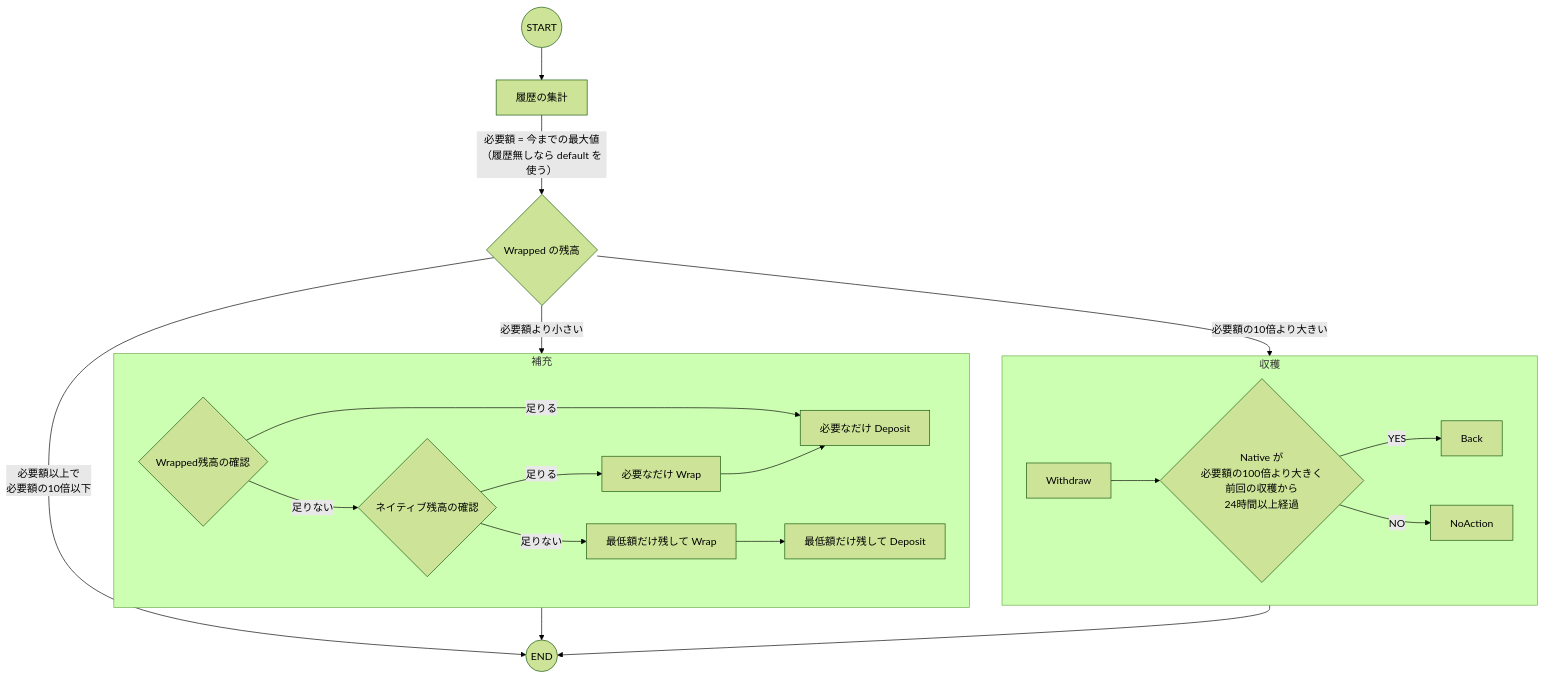
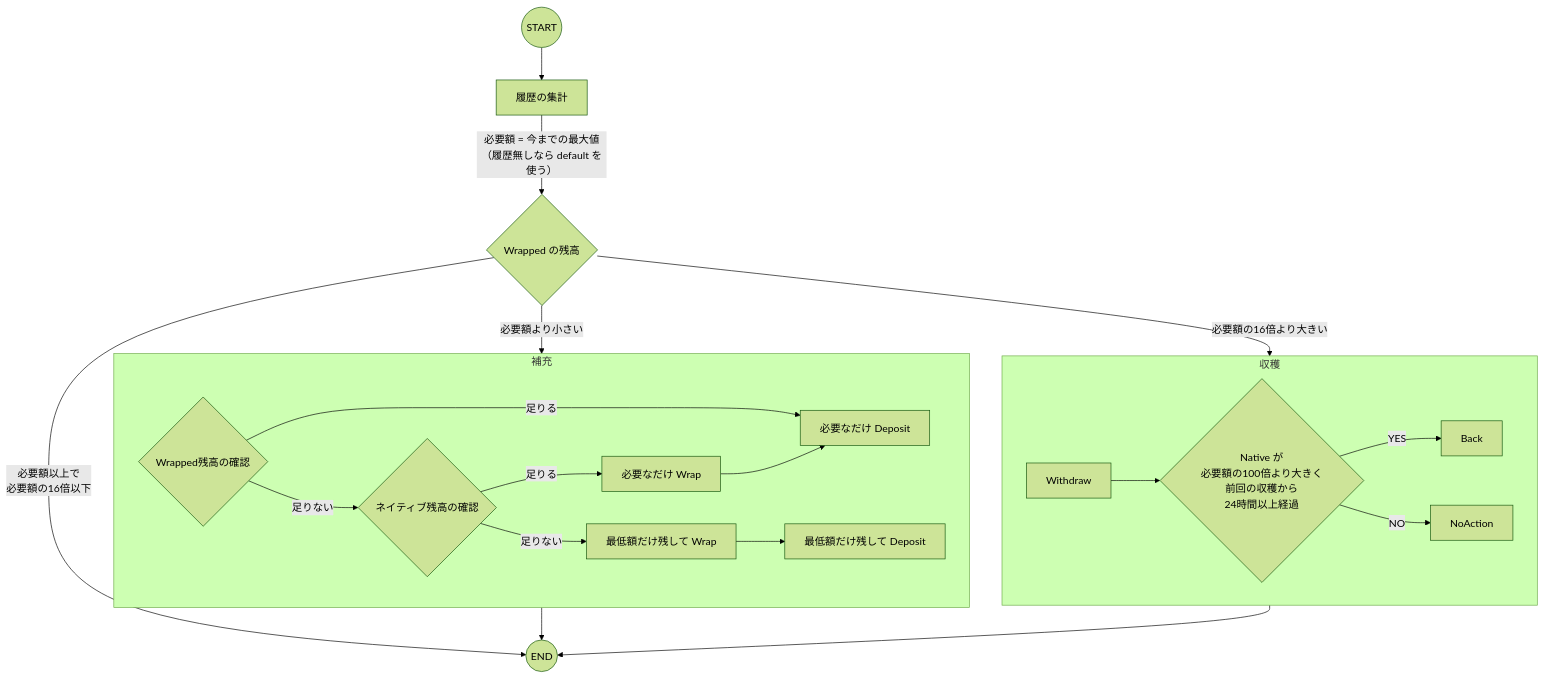
Before and after one commit to fathens/zaciraci: the diagram in diagram/account_balance.mermaid, drawn with Mermaid (forest theme).

Commit message:
Update balance thresholds in account balance diagram
Changed the thresholds for wrapped amount in the diagram logic. Updated maximum limit conditions from 10x to 16x of the required amount to align with revised requirements.

```diff
--- a/diagram/account_balance.mermaid
+++ b/diagram/account_balance.mermaid
@@ -1,25 +1,25 @@
 graph TD
     Start((START)) --> StatsHistory[履歴の集計]
     StatsHistory -->|必要額 = 今までの最大値<br>（履歴無しなら default を使う）| WrappedAmount{Wrapped の残高}
-    WrappedAmount -->|必要額の10倍より大きい| Harvest
-    WrappedAmount -->|必要額以上で<br>必要額の10倍以下| End((END))
+    WrappedAmount -->|必要額の16倍より大きい| Harvest
+    WrappedAmount -->|必要額以上で<br>必要額の16倍以下| End((END))
     WrappedAmount -->|必要額より小さい| Refill
 
     subgraph Refill[補充]
         CheckWrapped{Wrapped残高の確認} -->|足りる| DepositFull[必要なだけ Deposit]
         CheckWrapped -->|足りない| CheckNative
         CheckNative{ネイティブ残高の確認}
         CheckNative -->|足りる| WrapFull[必要なだけ Wrap]
         CheckNative -->|足りない| WrapLess[最低額だけ残して Wrap]
         WrapFull --> DepositFull
         WrapLess --> DepositLess[最低額だけ残して Deposit]
     end
 
     subgraph Harvest[収穫]
         Withdraw --> NativeAmount{Native が<br>必要額の100倍より大きく<br>前回の収穫から<br>24時間以上経過}
         NativeAmount -->|YES| Back
         NativeAmount -->|NO| NoAction
     end
 
     Refill --> End
     Harvest --> End
```
